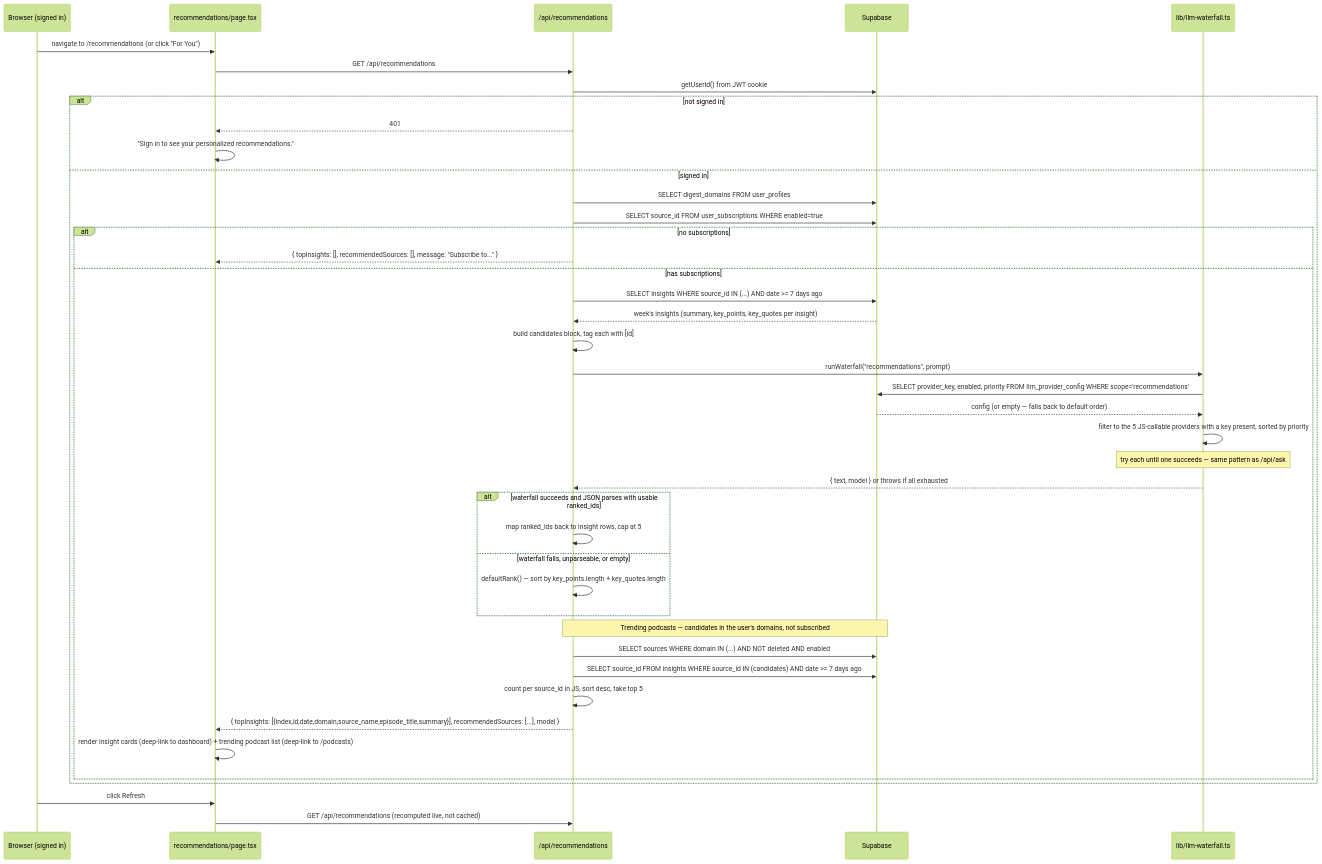
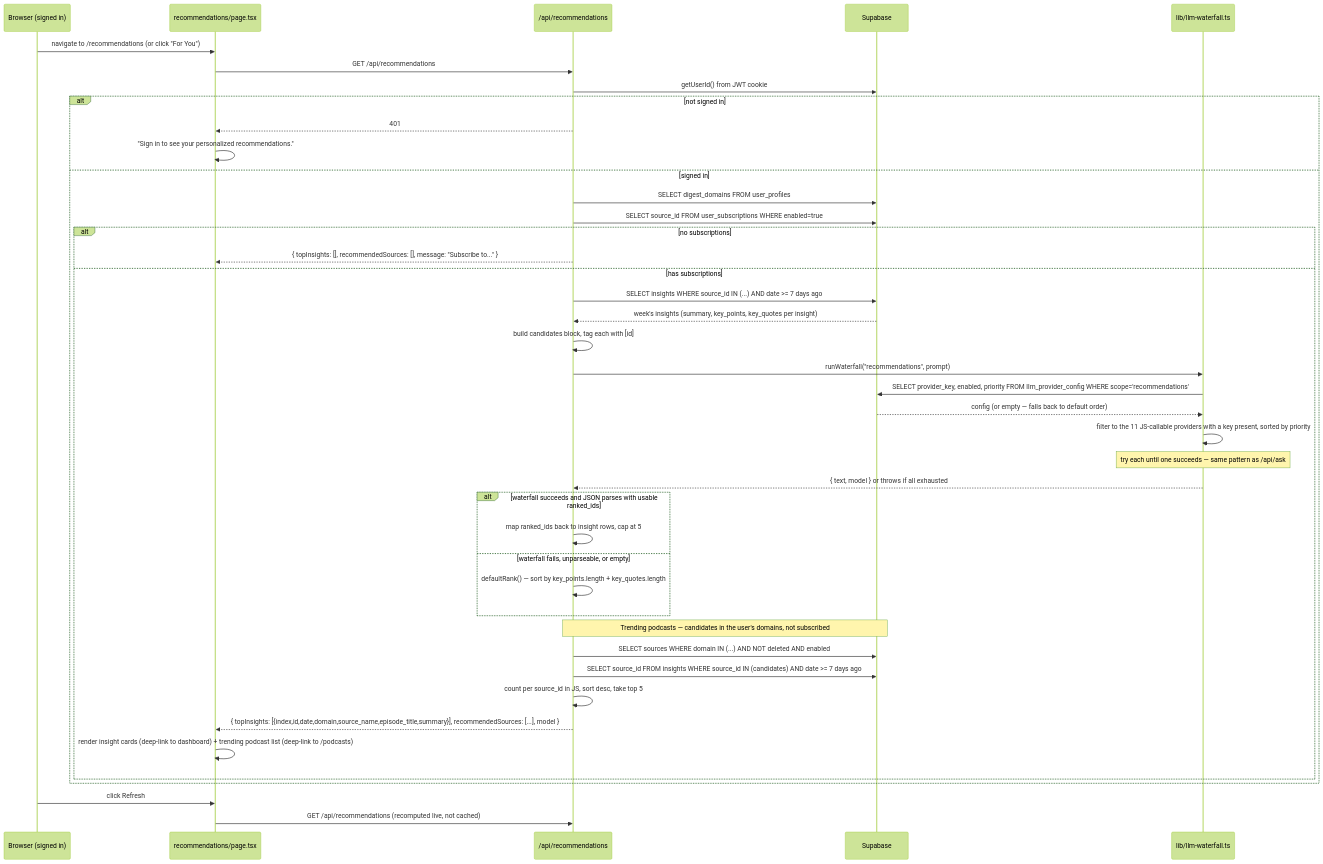
One commit to vtghub/PodcastsSummarizer changed diagram 28 of 31 in docs/request-workflow.md. Above: the diagram before and after it, drawn with Mermaid (forest theme). The commit also changed other lines of this file and 5 other files, not shown here.

````diff
--- a/docs/request-workflow.md
+++ b/docs/request-workflow.md
@@ -1202,51 +1202,51 @@
 ```mermaid
 sequenceDiagram
     participant B as Browser (signed in)
     participant PAGE as recommendations/page.tsx
     participant API as /api/recommendations
     participant DB as Supabase
     participant WF as lib/llm-waterfall.ts
 
     B->>PAGE: navigate to /recommendations (or click "For You")
     PAGE->>API: GET /api/recommendations
 
     API->>DB: getUserId() from JWT cookie
     alt not signed in
         API-->>PAGE: 401
         PAGE->>PAGE: "Sign in to see your personalized recommendations."
     else signed in
         API->>DB: SELECT digest_domains FROM user_profiles
         API->>DB: SELECT source_id FROM user_subscriptions WHERE enabled=true
         alt no subscriptions
             API-->>PAGE: { topInsights: [], recommendedSources: [], message: "Subscribe to..." }
         else has subscriptions
             API->>DB: SELECT insights WHERE source_id IN (...) AND date >= 7 days ago
             DB-->>API: week's insights (summary, key_points, key_quotes per insight)
 
             API->>API: build candidates block, tag each with [id]
             API->>WF: runWaterfall("recommendations", prompt)
             WF->>DB: SELECT provider_key, enabled, priority FROM llm_provider_config WHERE scope='recommendations'
             DB-->>WF: config (or empty — falls back to default order)
-            WF->>WF: filter to the 5 JS-callable providers with a key present, sorted by priority
+            WF->>WF: filter to the 11 JS-callable providers with a key present, sorted by priority
             Note over WF: try each until one succeeds — same pattern as /api/ask
             WF-->>API: { text, model } or throws if all exhausted
 
             alt waterfall succeeds and JSON parses with usable ranked_ids
                 API->>API: map ranked_ids back to insight rows, cap at 5
             else waterfall fails, unparseable, or empty
                 API->>API: defaultRank() — sort by key_points.length + key_quotes.length
             end
 
             Note over API,DB: Trending podcasts — candidates in the user's domains, not subscribed
             API->>DB: SELECT sources WHERE domain IN (...) AND NOT deleted AND enabled
             API->>DB: SELECT source_id FROM insights WHERE source_id IN (candidates) AND date >= 7 days ago
             API->>API: count per source_id in JS, sort desc, take top 5
 
             API-->>PAGE: { topInsights: [{index,id,date,domain,source_name,episode_title,summary}], recommendedSources: [...], model }
             PAGE->>PAGE: render insight cards (deep-link to dashboard) + trending podcast list (deep-link to /podcasts)
         end
     end
 
     B->>PAGE: click Refresh
     PAGE->>API: GET /api/recommendations (recomputed live, not cached)
 ```
````
